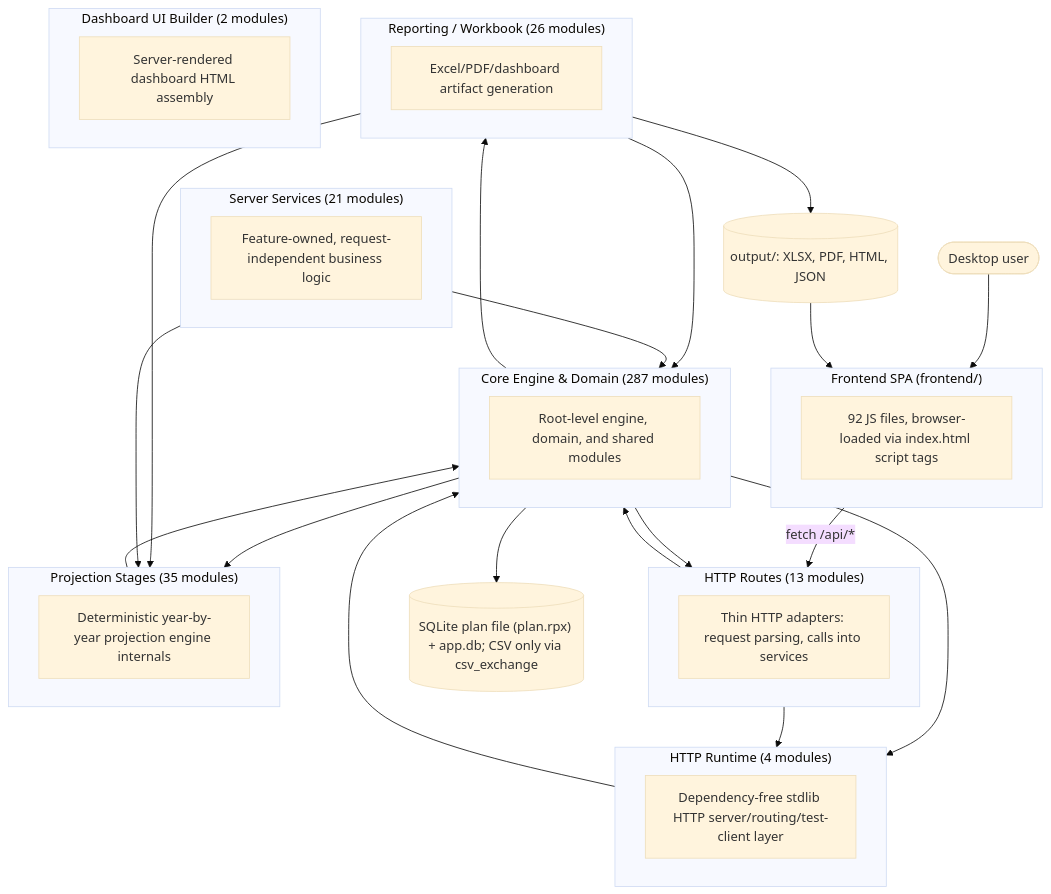
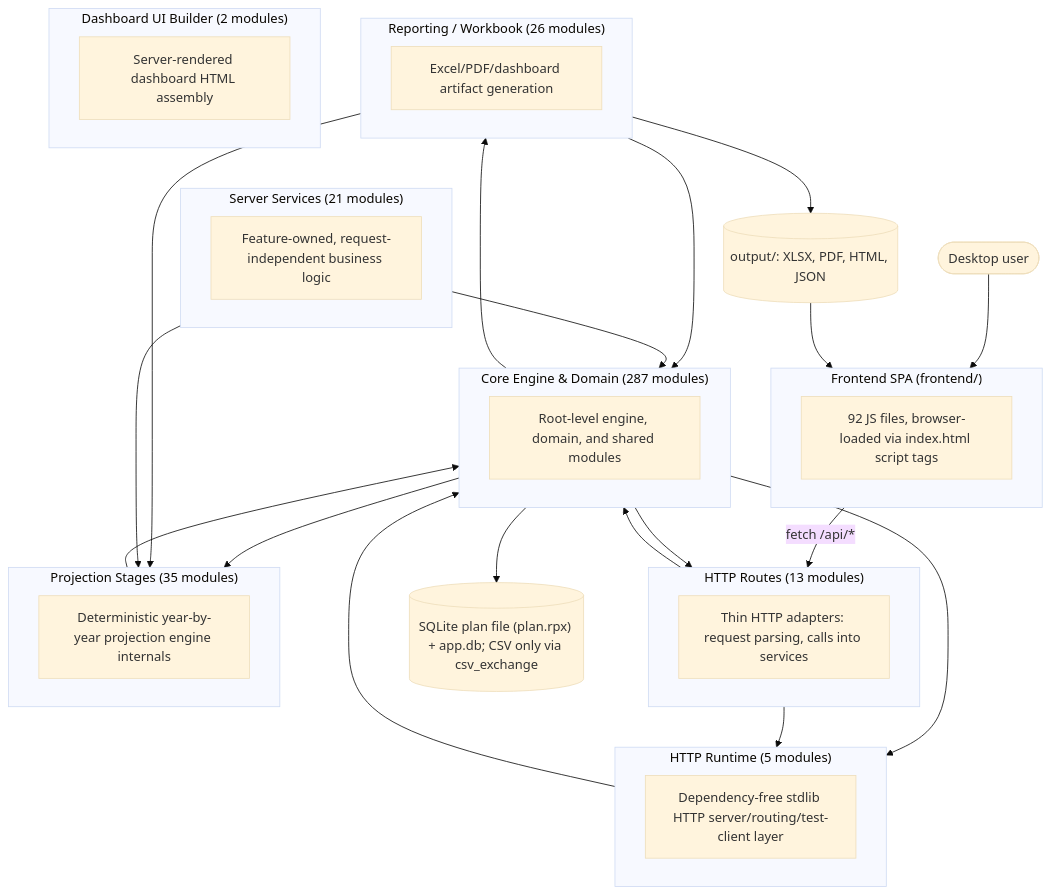
One commit to matthartzman/retirement_system changed the first of 2 diagrams in documentation/reference/SYSTEM_ARCHITECTURE_DIAGRAM.md. Above: the diagram before and after it, drawn with Mermaid (base theme). The commit also changed other lines of this file and 22 other files, not shown here.

````diff
--- a/documentation/reference/SYSTEM_ARCHITECTURE_DIAGRAM.md
+++ b/documentation/reference/SYSTEM_ARCHITECTURE_DIAGRAM.md
@@ -11,44 +11,44 @@
 ```mermaid
 flowchart TB
     User(["Desktop user"]) --> FE
     subgraph FE["Frontend SPA (frontend/)"]
         FEcount["92 JS files, browser-loaded via index.html script tags"]
     end
     FE -->|fetch /api/*| L_HTTP_Routes
     subgraph L_HTTP_Routes["HTTP Routes (13 modules)"]
         L_HTTP_Routes_d["Thin HTTP adapters: request parsing, calls into services"]
     end
     subgraph L_Server_Services["Server Services (21 modules)"]
         L_Server_Services_d["Feature-owned, request-independent business logic"]
     end
-    subgraph L_HTTP_Runtime["HTTP Runtime (4 modules)"]
+    subgraph L_HTTP_Runtime["HTTP Runtime (5 modules)"]
         L_HTTP_Runtime_d["Dependency-free stdlib HTTP server/routing/test-client layer"]
     end
     subgraph L_Core_Engine___Domain["Core Engine & Domain (287 modules)"]
         L_Core_Engine___Domain_d["Root-level engine, domain, and shared modules"]
     end
     subgraph L_Projection_Stages["Projection Stages (35 modules)"]
         L_Projection_Stages_d["Deterministic year-by-year projection engine internals"]
     end
     subgraph L_Reporting___Workbook["Reporting / Workbook (26 modules)"]
         L_Reporting___Workbook_d["Excel/PDF/dashboard artifact generation"]
     end
     subgraph L_Dashboard_UI_Builder["Dashboard UI Builder (2 modules)"]
         L_Dashboard_UI_Builder_d["Server-rendered dashboard HTML assembly"]
     end
     L_Core_Engine___Domain --> L_HTTP_Routes
     L_Core_Engine___Domain --> L_HTTP_Runtime
     L_Core_Engine___Domain --> L_Projection_Stages
     L_Core_Engine___Domain --> L_Reporting___Workbook
     L_HTTP_Routes --> L_Core_Engine___Domain
     L_HTTP_Routes --> L_HTTP_Runtime
     L_HTTP_Runtime --> L_Core_Engine___Domain
     L_Projection_Stages --> L_Core_Engine___Domain
     L_Reporting___Workbook --> L_Core_Engine___Domain
     L_Reporting___Workbook --> L_Projection_Stages
     L_Server_Services --> L_Core_Engine___Domain
     L_Server_Services --> L_Projection_Stages
     L_Core_Engine___Domain --> DB[("SQLite plan file (plan.rpx) + app.db; CSV only via csv_exchange")]
     L_Reporting___Workbook --> Outputs[("output/: XLSX, PDF, HTML, JSON")]
     Outputs --> FE
 ```
````
